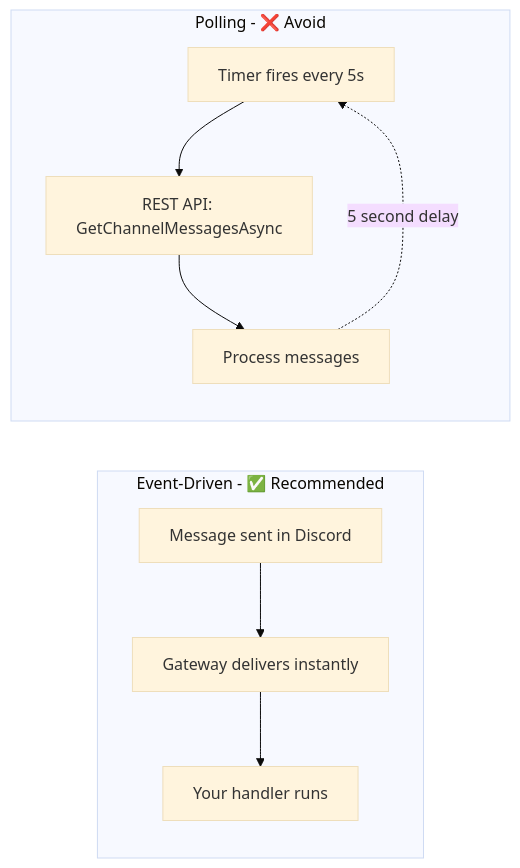
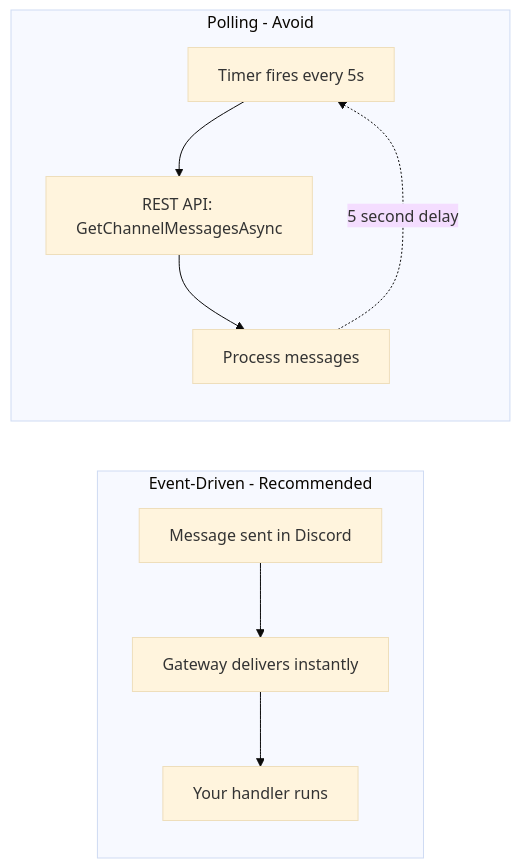
Before and after one commit to M1tsumi/PawSharp: the second of 2 diagrams in docs/guides/receiving-messages.md, drawn with Mermaid (base theme). The commit also changed other lines of this file and 40 other files, not shown here.

````diff
--- a/docs/guides/receiving-messages.md
+++ b/docs/guides/receiving-messages.md
@@ -276,13 +276,13 @@
 ```mermaid
 flowchart LR
-    subgraph Event-Driven [Event-Driven - ✅ Recommended]
-        A[Message sent in Discord] --> B[Gateway delivers instantly]
-        B --> C[Your handler runs]
-    end
-    
-    subgraph Polling [Polling - ❌ Avoid]
-        D[Timer fires every 5s] --> E[REST API: GetChannelMessagesAsync]
-        E --> F[Process messages]
-        F -.->|5 second delay| D
-    end
+ subgraph Event-Driven [Event-Driven -  Recommended]
+ A[Message sent in Discord] --> B[Gateway delivers instantly]
+ B --> C[Your handler runs]
+ end
+
+ subgraph Polling [Polling -  Avoid]
+ D[Timer fires every 5s] --> E[REST API: GetChannelMessagesAsync]
+ E --> F[Process messages]
+ F -.->|5 second delay| D
+ end
 ```
````
